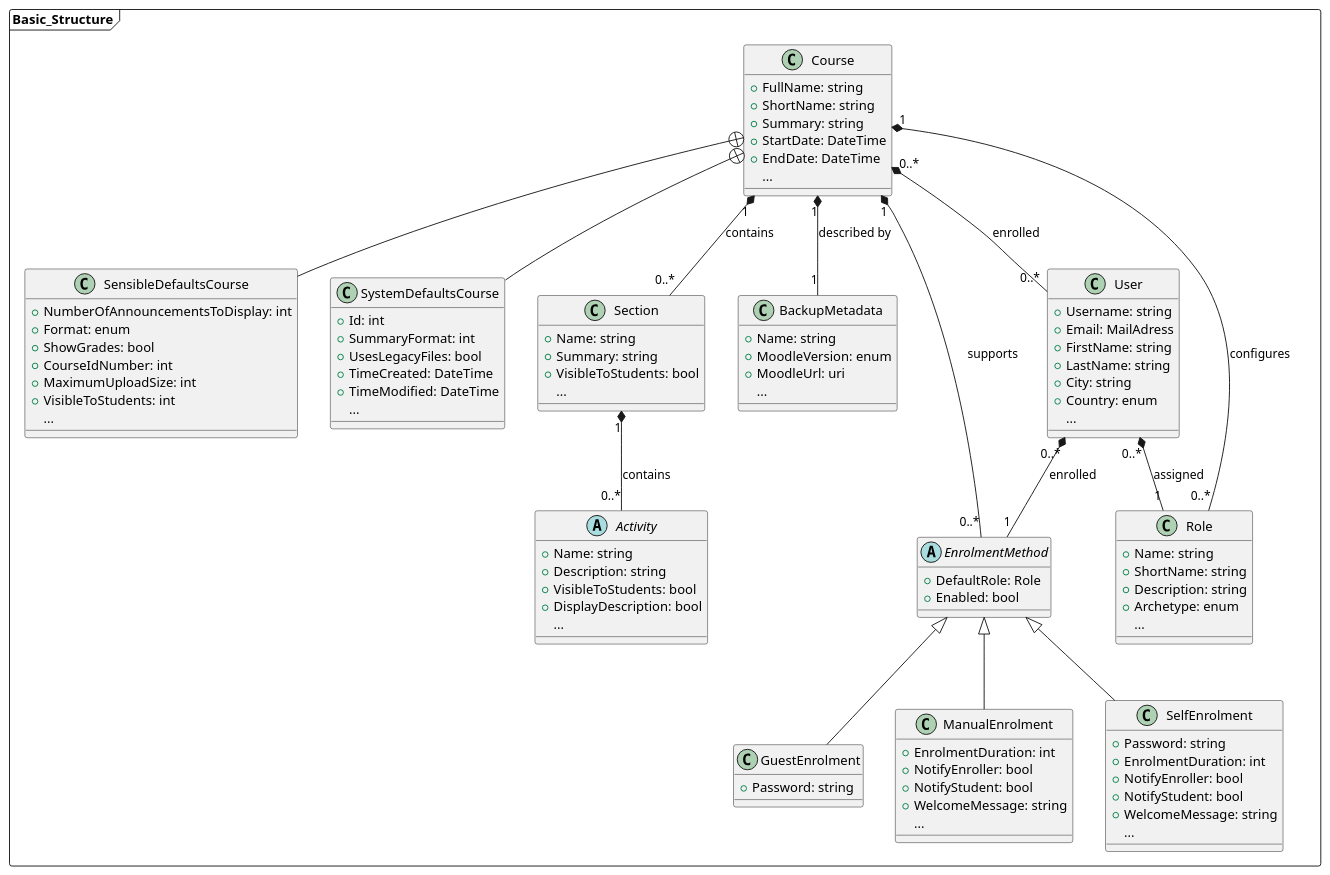
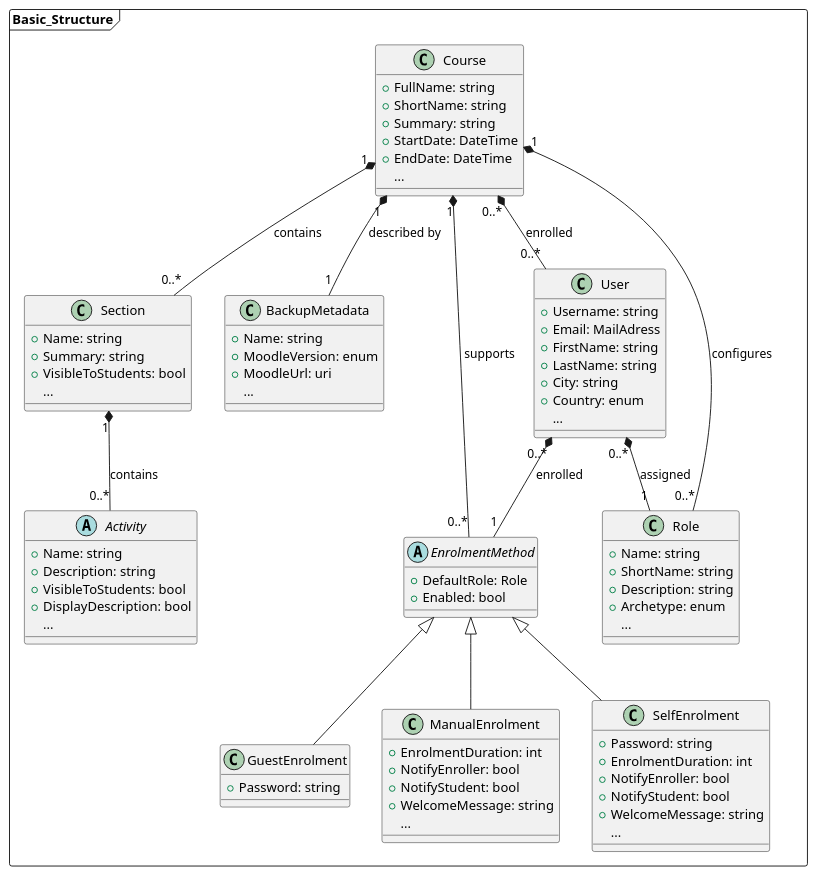
One commit to if24b267/course-as-code changed the first of 2 diagrams in Documentation/MkDocs/docs/Architecture/DataModel.md. Above: the diagram before and after it, drawn with PlantUML. The commit also changed other lines of this file and 8 other files, not shown here.

```diff
--- a/Documentation/MkDocs/docs/Architecture/DataModel.md
+++ b/Documentation/MkDocs/docs/Architecture/DataModel.md
@@ -48,25 +54,6 @@
         + Summary: string 
         + StartDate: DateTime
         + EndDate: DateTime
-        ...
-    }
-    
-    class SensibleDefaultsCourse {
-        + NumberOfAnnouncementsToDisplay: int
-        + Format: enum
-        + ShowGrades: bool
-        + CourseIdNumber: int
-        + MaximumUploadSize: int
-        + VisibleToStudents: int
-        ...
-    }
-    
-    class SystemDefaultsCourse {
-        + Id: int
-        + SummaryFormat: int
-        + UsesLegacyFiles: bool
-        + TimeCreated: DateTime
-        + TimeModified: DateTime
         ...
     }
    
@@ -137,10 +124,6 @@
     }
 }
 
-' SensibleDefaultsCourse and SystemDefaultsCourse are subclasses of Course (nested class)
-Course +-- SensibleDefaultsCourse
-Course +-- SystemDefaultsCourse
-
 ' The course (or rather the whole backup) is described by the backup metadata
 Course "1" *-- "1" BackupMetadata : described by
 
```
